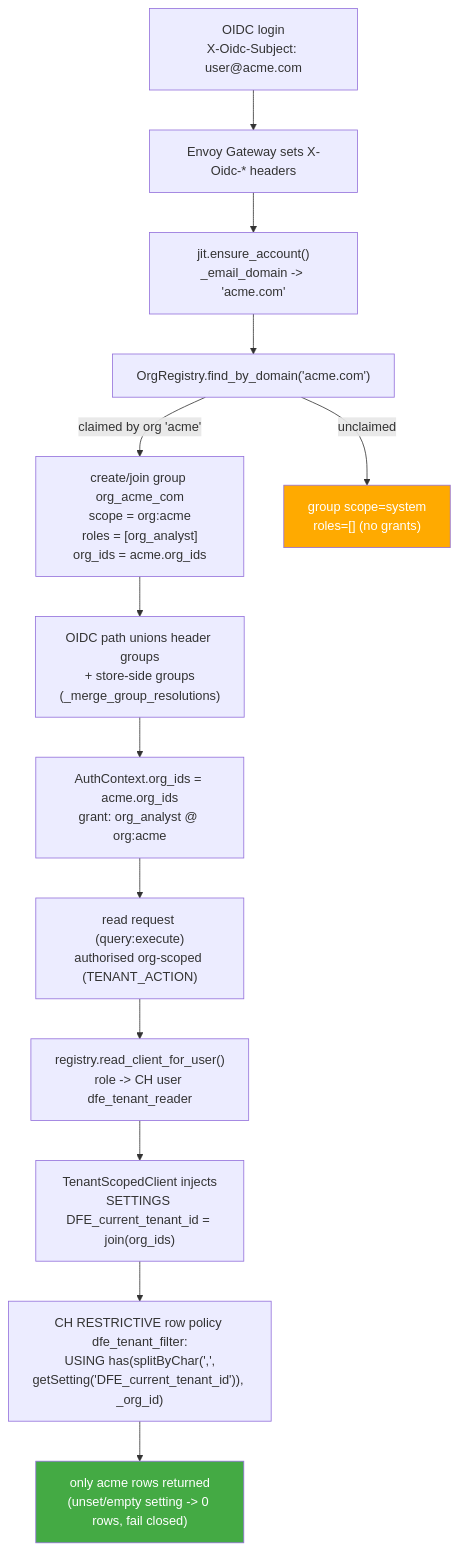
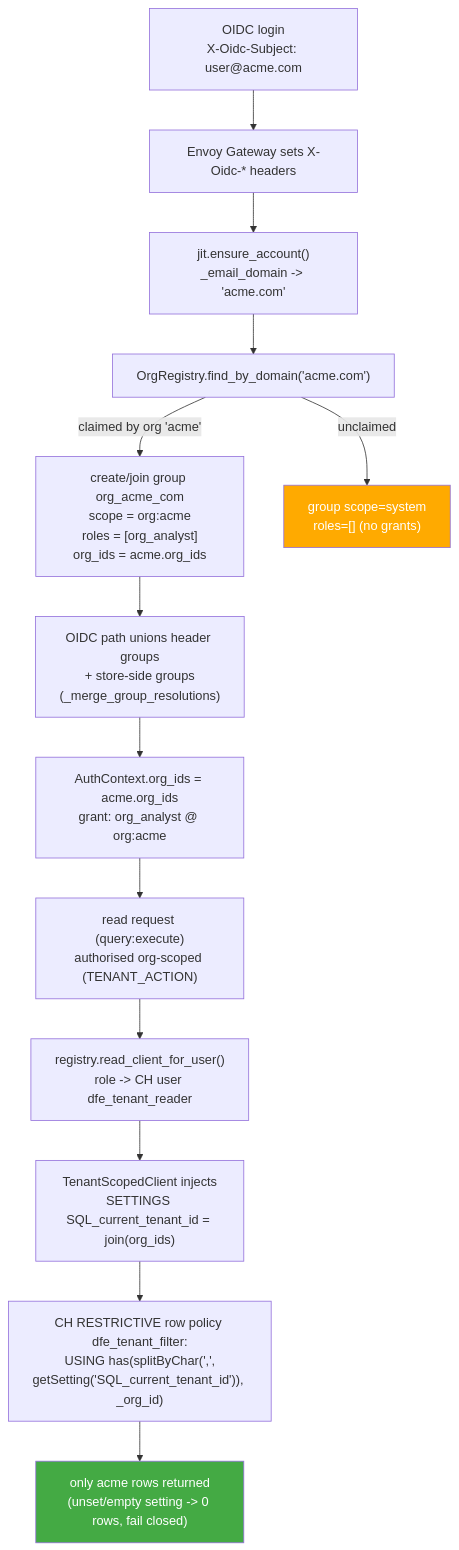
Before and after one commit to hyperi-io/dfe-engine: the tenth of 14 diagrams in docs/RBAC.md, drawn with Mermaid. The commit also changed other lines of this file and 132 other files, not shown here.

````diff
--- a/docs/RBAC.md
+++ b/docs/RBAC.md
@@ -886,17 +890,17 @@
 ```mermaid
 flowchart TD
     LOGIN["OIDC login<br/>X-Oidc-Subject: user@acme.com"] --> ENVOY[Envoy Gateway sets X-Oidc-* headers]
     ENVOY --> JIT["jit.ensure_account()<br/>_email_domain -> 'acme.com'"]
     JIT --> FIND["OrgRegistry.find_by_domain('acme.com')"]
     FIND -->|claimed by org 'acme'| GRP["create/join group org_acme_com<br/>scope = org:acme<br/>roles = [org_analyst]<br/>org_ids = acme.org_ids"]
     FIND -->|unclaimed| NOGRP["group scope=system<br/>roles=[] (no grants)"]
     GRP --> UNION["OIDC path unions header groups<br/>+ store-side groups<br/>(_merge_group_resolutions)"]
     UNION --> CTX["AuthContext.org_ids = acme.org_ids<br/>grant: org_analyst @ org:acme"]
     CTX --> REQ["read request (query:execute)<br/>authorised org-scoped (TENANT_ACTION)"]
     REQ --> RCLIENT["registry.read_client_for_user()<br/>role -> CH user dfe_tenant_reader"]
-    RCLIENT --> TSC["TenantScopedClient injects<br/>SETTINGS DFE_current_tenant_id = join(org_ids)"]
-    TSC --> POLICY["CH RESTRICTIVE row policy dfe_tenant_filter:<br/>USING has(splitByChar(',',<br/>getSetting('DFE_current_tenant_id')), _org_id)"]
+    RCLIENT --> TSC["TenantScopedClient injects<br/>SETTINGS SQL_current_tenant_id = join(org_ids)"]
+    TSC --> POLICY["CH RESTRICTIVE row policy dfe_tenant_filter:<br/>USING has(splitByChar(',',<br/>getSetting('SQL_current_tenant_id')), _org_id)"]
     POLICY --> ROWS["only acme rows returned<br/>(unset/empty setting -> 0 rows, fail closed)"]
     style ROWS fill:#4a4,color:#fff
     style NOGRP fill:#fa0,color:#fff
 ```
````
